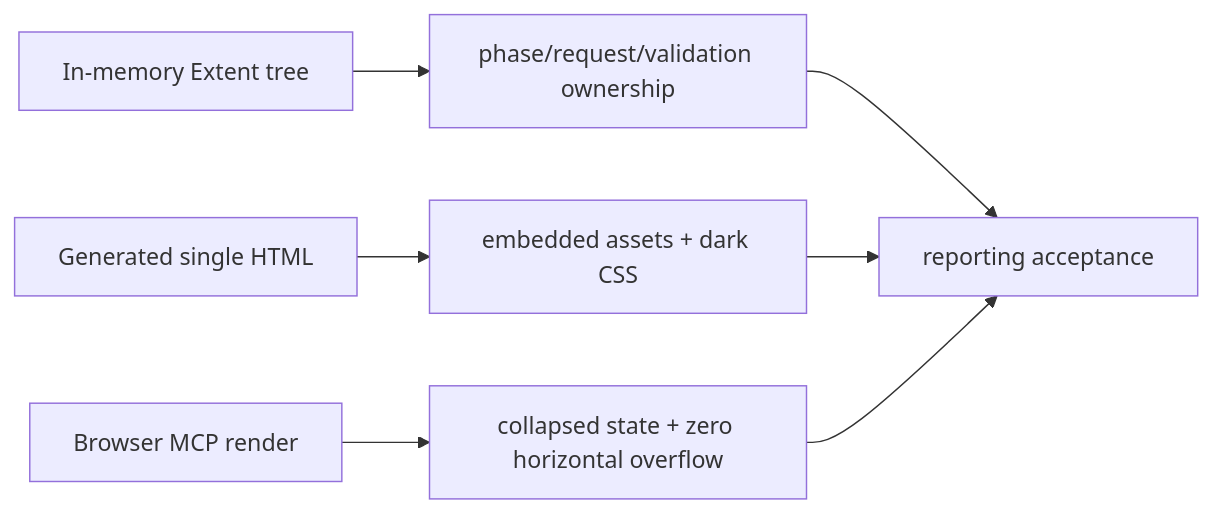
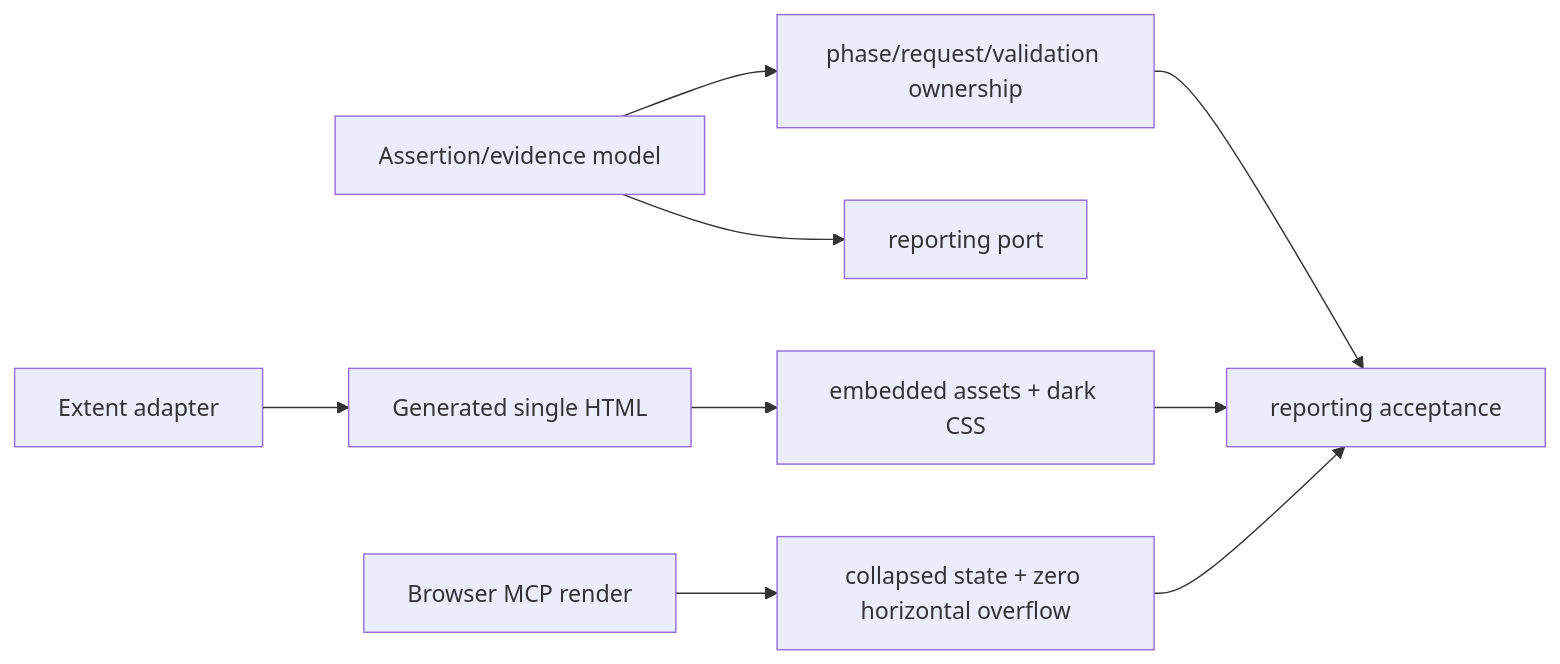
The second of 2 diagrams in Atf.Tests/Atf.Core.Tests/README.md (crististefanita/CS1), drawn with Mermaid before and after one commit. The commit also changed other lines of this file and 210 other files, not shown here.

Commit message:
Modularize API lifecycle and Extent reporting

````diff
--- a/Atf.Tests/Atf.Core.Tests/README.md
+++ b/Atf.Tests/Atf.Core.Tests/README.md
@@ -59,9 +72,11 @@
 ```mermaid
 flowchart LR
     Model[In-memory Extent tree] --> Structure[phase/request/validation ownership]
-    Html[Generated single HTML] --> Artifact[embedded assets + dark CSS]
+    Model[Assertion/evidence model] --> Port[reporting port]
+    Extent[Extent adapter] --> Html[Generated single HTML]
+    Html --> Artifact[embedded assets + dark CSS]
     Browser[Browser MCP render] --> UX[collapsed state + zero horizontal overflow]
     Structure --> Acceptance[reporting acceptance]
     Artifact --> Acceptance
     UX --> Acceptance
 ```
````
